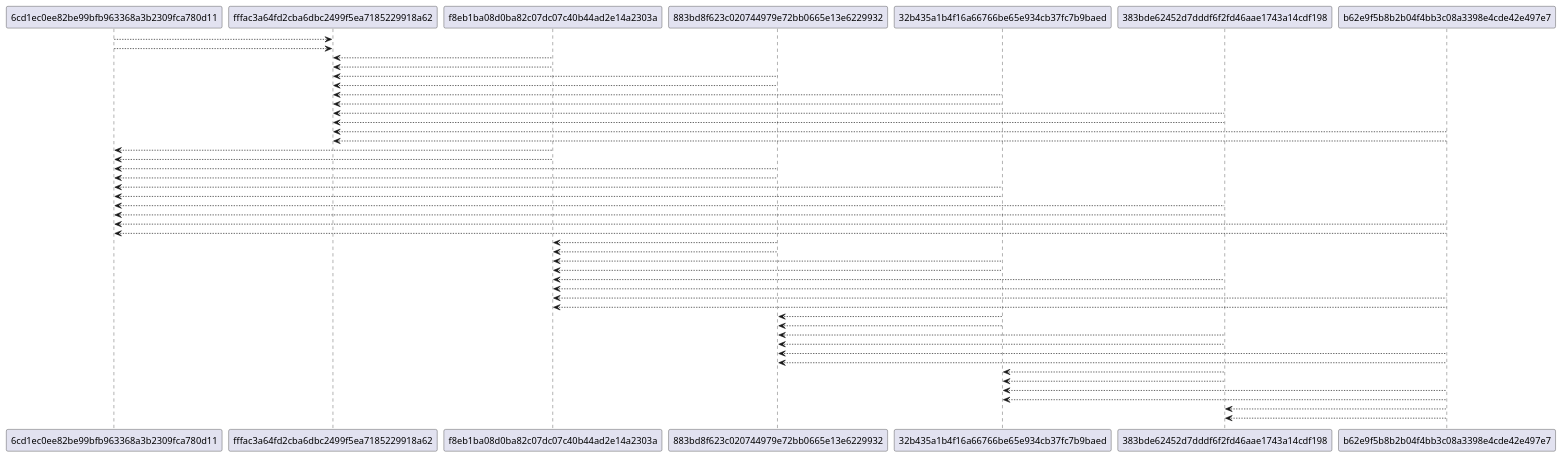
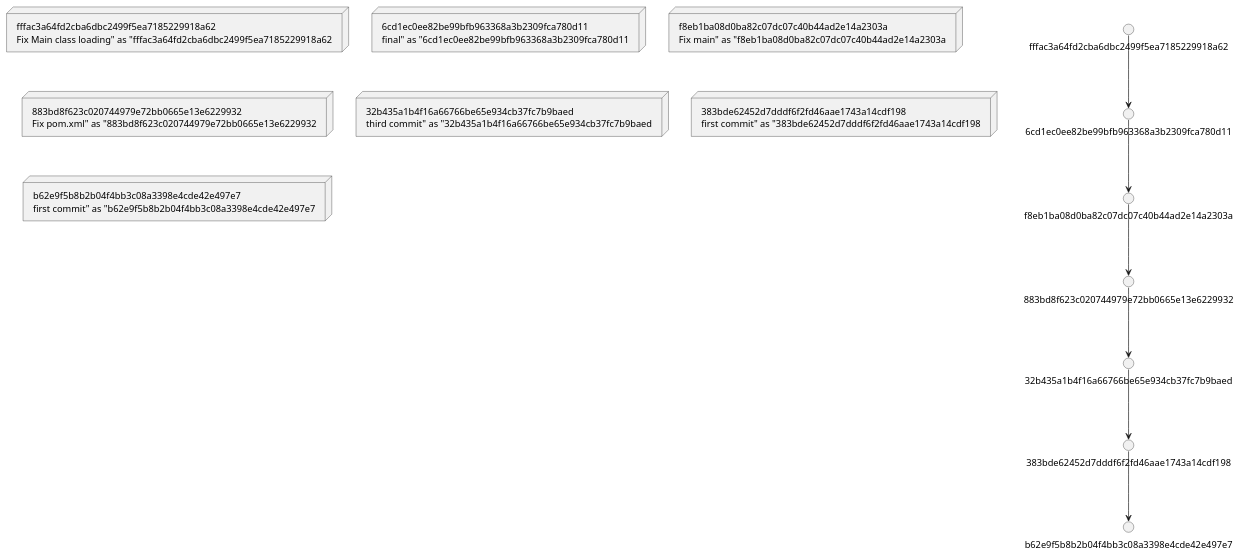
One commit to genuiman/config_2 changed the diagram in src/graph.puml. Above: the diagram before and after it, drawn with PlantUML. The commit also changed 18 other files, not shown here.

```diff
--- a/src/graph.puml
+++ b/src/graph.puml
@@ -1,44 +1,16 @@
 @startuml
-"6cd1ec0ee82be99bfb963368a3b2309fca780d11" --> "fffac3a64fd2cba6dbc2499f5ea7185229918a62"
-"6cd1ec0ee82be99bfb963368a3b2309fca780d11" --> "fffac3a64fd2cba6dbc2499f5ea7185229918a62"
-"f8eb1ba08d0ba82c07dc07c40b44ad2e14a2303a" --> "fffac3a64fd2cba6dbc2499f5ea7185229918a62"
-"f8eb1ba08d0ba82c07dc07c40b44ad2e14a2303a" --> "fffac3a64fd2cba6dbc2499f5ea7185229918a62"
-"883bd8f623c020744979e72bb0665e13e6229932" --> "fffac3a64fd2cba6dbc2499f5ea7185229918a62"
-"883bd8f623c020744979e72bb0665e13e6229932" --> "fffac3a64fd2cba6dbc2499f5ea7185229918a62"
-"32b435a1b4f16a66766be65e934cb37fc7b9baed" --> "fffac3a64fd2cba6dbc2499f5ea7185229918a62"
-"32b435a1b4f16a66766be65e934cb37fc7b9baed" --> "fffac3a64fd2cba6dbc2499f5ea7185229918a62"
-"383bde62452d7dddf6f2fd46aae1743a14cdf198" --> "fffac3a64fd2cba6dbc2499f5ea7185229918a62"
-"383bde62452d7dddf6f2fd46aae1743a14cdf198" --> "fffac3a64fd2cba6dbc2499f5ea7185229918a62"
-"b62e9f5b8b2b04f4bb3c08a3398e4cde42e497e7" --> "fffac3a64fd2cba6dbc2499f5ea7185229918a62"
-"b62e9f5b8b2b04f4bb3c08a3398e4cde42e497e7" --> "fffac3a64fd2cba6dbc2499f5ea7185229918a62"
-"f8eb1ba08d0ba82c07dc07c40b44ad2e14a2303a" --> "6cd1ec0ee82be99bfb963368a3b2309fca780d11"
-"f8eb1ba08d0ba82c07dc07c40b44ad2e14a2303a" --> "6cd1ec0ee82be99bfb963368a3b2309fca780d11"
-"883bd8f623c020744979e72bb0665e13e6229932" --> "6cd1ec0ee82be99bfb963368a3b2309fca780d11"
-"883bd8f623c020744979e72bb0665e13e6229932" --> "6cd1ec0ee82be99bfb963368a3b2309fca780d11"
-"32b435a1b4f16a66766be65e934cb37fc7b9baed" --> "6cd1ec0ee82be99bfb963368a3b2309fca780d11"
-"32b435a1b4f16a66766be65e934cb37fc7b9baed" --> "6cd1ec0ee82be99bfb963368a3b2309fca780d11"
-"383bde62452d7dddf6f2fd46aae1743a14cdf198" --> "6cd1ec0ee82be99bfb963368a3b2309fca780d11"
-"383bde62452d7dddf6f2fd46aae1743a14cdf198" --> "6cd1ec0ee82be99bfb963368a3b2309fca780d11"
-"b62e9f5b8b2b04f4bb3c08a3398e4cde42e497e7" --> "6cd1ec0ee82be99bfb963368a3b2309fca780d11"
-"b62e9f5b8b2b04f4bb3c08a3398e4cde42e497e7" --> "6cd1ec0ee82be99bfb963368a3b2309fca780d11"
-"883bd8f623c020744979e72bb0665e13e6229932" --> "f8eb1ba08d0ba82c07dc07c40b44ad2e14a2303a"
-"883bd8f623c020744979e72bb0665e13e6229932" --> "f8eb1ba08d0ba82c07dc07c40b44ad2e14a2303a"
-"32b435a1b4f16a66766be65e934cb37fc7b9baed" --> "f8eb1ba08d0ba82c07dc07c40b44ad2e14a2303a"
-"32b435a1b4f16a66766be65e934cb37fc7b9baed" --> "f8eb1ba08d0ba82c07dc07c40b44ad2e14a2303a"
-"383bde62452d7dddf6f2fd46aae1743a14cdf198" --> "f8eb1ba08d0ba82c07dc07c40b44ad2e14a2303a"
-"383bde62452d7dddf6f2fd46aae1743a14cdf198" --> "f8eb1ba08d0ba82c07dc07c40b44ad2e14a2303a"
-"b62e9f5b8b2b04f4bb3c08a3398e4cde42e497e7" --> "f8eb1ba08d0ba82c07dc07c40b44ad2e14a2303a"
-"b62e9f5b8b2b04f4bb3c08a3398e4cde42e497e7" --> "f8eb1ba08d0ba82c07dc07c40b44ad2e14a2303a"
-"32b435a1b4f16a66766be65e934cb37fc7b9baed" --> "883bd8f623c020744979e72bb0665e13e6229932"
-"32b435a1b4f16a66766be65e934cb37fc7b9baed" --> "883bd8f623c020744979e72bb0665e13e6229932"
-"383bde62452d7dddf6f2fd46aae1743a14cdf198" --> "883bd8f623c020744979e72bb0665e13e6229932"
-"383bde62452d7dddf6f2fd46aae1743a14cdf198" --> "883bd8f623c020744979e72bb0665e13e6229932"
-"b62e9f5b8b2b04f4bb3c08a3398e4cde42e497e7" --> "883bd8f623c020744979e72bb0665e13e6229932"
-"b62e9f5b8b2b04f4bb3c08a3398e4cde42e497e7" --> "883bd8f623c020744979e72bb0665e13e6229932"
-"383bde62452d7dddf6f2fd46aae1743a14cdf198" --> "32b435a1b4f16a66766be65e934cb37fc7b9baed"
-"383bde62452d7dddf6f2fd46aae1743a14cdf198" --> "32b435a1b4f16a66766be65e934cb37fc7b9baed"
-"b62e9f5b8b2b04f4bb3c08a3398e4cde42e497e7" --> "32b435a1b4f16a66766be65e934cb37fc7b9baed"
-"b62e9f5b8b2b04f4bb3c08a3398e4cde42e497e7" --> "32b435a1b4f16a66766be65e934cb37fc7b9baed"
-"b62e9f5b8b2b04f4bb3c08a3398e4cde42e497e7" --> "383bde62452d7dddf6f2fd46aae1743a14cdf198"
-"b62e9f5b8b2b04f4bb3c08a3398e4cde42e497e7" --> "383bde62452d7dddf6f2fd46aae1743a14cdf198"
+skinparam linetype ortho
+node "fffac3a64fd2cba6dbc2499f5ea7185229918a62\nFix Main class loading" as "fffac3a64fd2cba6dbc2499f5ea7185229918a62"
+node "6cd1ec0ee82be99bfb963368a3b2309fca780d11\nfinal" as "6cd1ec0ee82be99bfb963368a3b2309fca780d11"
+node "f8eb1ba08d0ba82c07dc07c40b44ad2e14a2303a\nFix main" as "f8eb1ba08d0ba82c07dc07c40b44ad2e14a2303a"
+node "883bd8f623c020744979e72bb0665e13e6229932\nFix pom.xml" as "883bd8f623c020744979e72bb0665e13e6229932"
+node "32b435a1b4f16a66766be65e934cb37fc7b9baed\nthird commit" as "32b435a1b4f16a66766be65e934cb37fc7b9baed"
+node "383bde62452d7dddf6f2fd46aae1743a14cdf198\nfirst commit" as "383bde62452d7dddf6f2fd46aae1743a14cdf198"
+node "b62e9f5b8b2b04f4bb3c08a3398e4cde42e497e7\nfirst commit" as "b62e9f5b8b2b04f4bb3c08a3398e4cde42e497e7"
+"fffac3a64fd2cba6dbc2499f5ea7185229918a62" --> "6cd1ec0ee82be99bfb963368a3b2309fca780d11"
+"6cd1ec0ee82be99bfb963368a3b2309fca780d11" --> "f8eb1ba08d0ba82c07dc07c40b44ad2e14a2303a"
+"f8eb1ba08d0ba82c07dc07c40b44ad2e14a2303a" --> "883bd8f623c020744979e72bb0665e13e6229932"
+"883bd8f623c020744979e72bb0665e13e6229932" --> "32b435a1b4f16a66766be65e934cb37fc7b9baed"
+"32b435a1b4f16a66766be65e934cb37fc7b9baed" --> "383bde62452d7dddf6f2fd46aae1743a14cdf198"
+"383bde62452d7dddf6f2fd46aae1743a14cdf198" --> "b62e9f5b8b2b04f4bb3c08a3398e4cde42e497e7"
 @enduml
```
